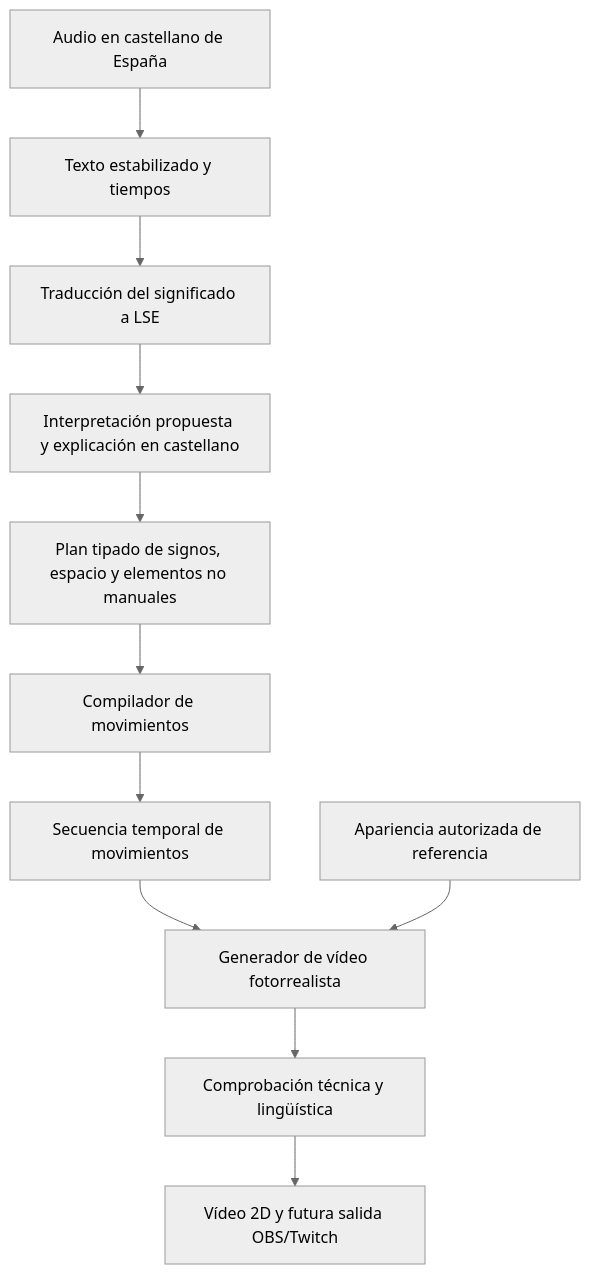
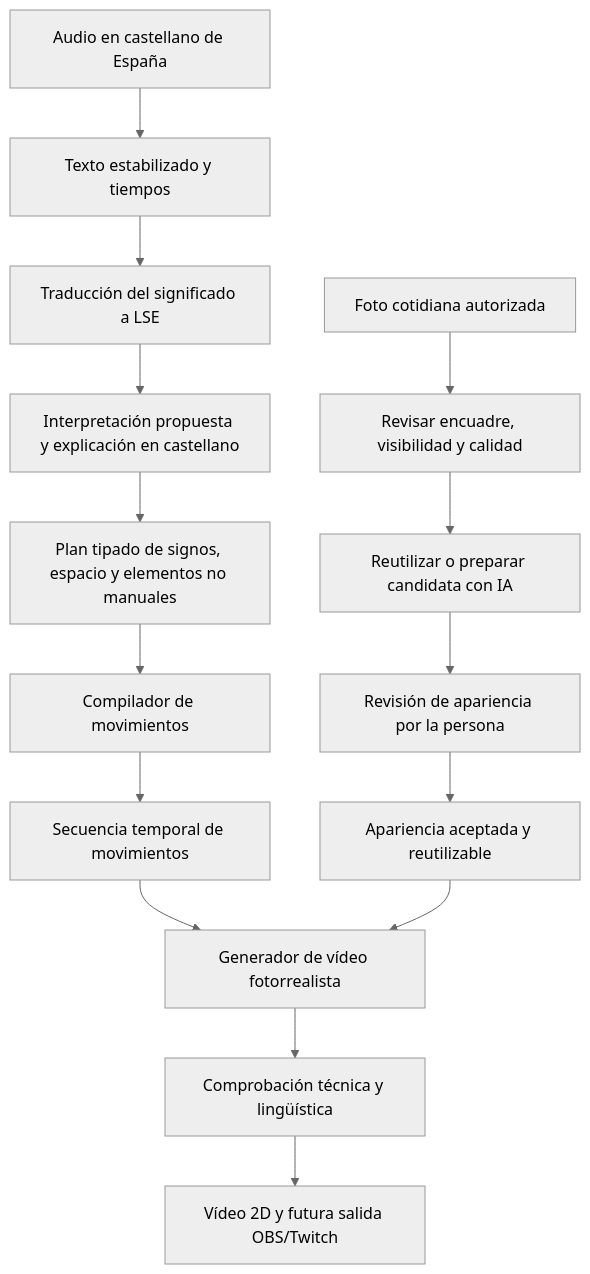
Before and after one commit to evamar13/lse-video: the diagram in ARQUITECTURA.md, drawn with Mermaid (neutral theme). The commit also changed other lines of this file and 7 other files, not shown here.

````diff
--- a/ARQUITECTURA.md
+++ b/ARQUITECTURA.md
@@ -7,13 +7,17 @@
 ```mermaid
 flowchart TD
     A[Audio en castellano de España] --> B[Texto estabilizado y tiempos]
     B --> C[Traducción del significado a LSE]
     C --> N[Interpretación propuesta y explicación en castellano]
     N --> D[Plan tipado de signos, espacio y elementos no manuales]
     D --> K[Compilador de movimientos]
     K --> E[Secuencia temporal de movimientos]
     E --> F[Generador de vídeo fotorrealista]
-    I[Apariencia autorizada de referencia] --> F
+    U[Foto cotidiana autorizada] --> P[Revisar encuadre, visibilidad y calidad]
+    P --> Q[Reutilizar o preparar candidata con IA]
+    Q --> R[Revisión de apariencia por la persona]
+    R --> I[Apariencia aceptada y reutilizable]
+    I --> F
     F --> G[Comprobación técnica y lingüística]
     G --> H[Vídeo 2D y futura salida OBS/Twitch]
 ```
````
